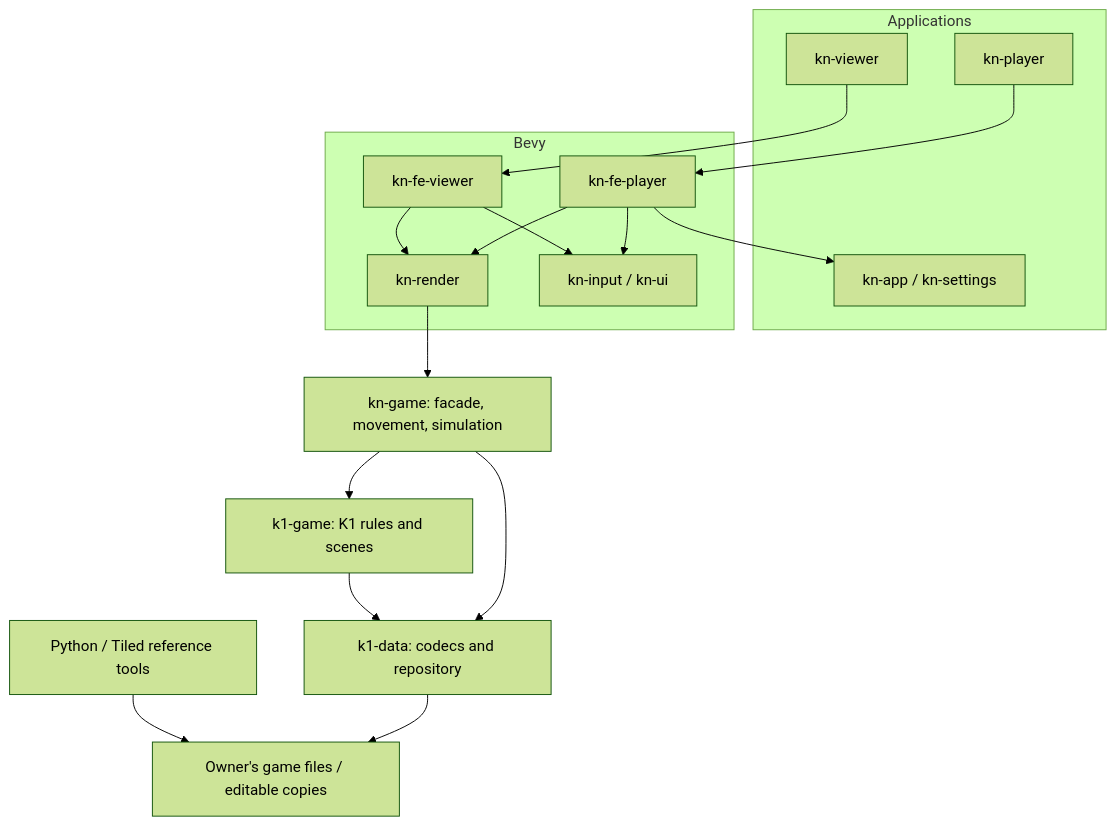
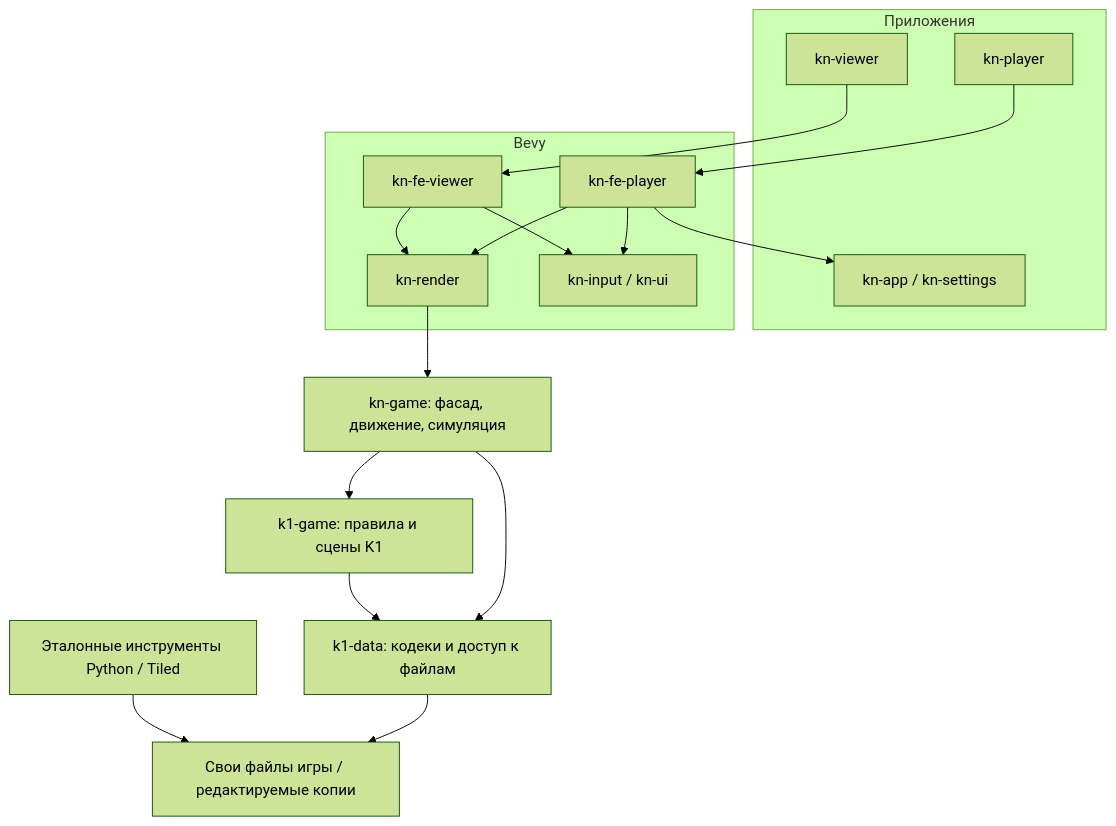
Before and after one commit to shpaker/re-konung: the diagram in ARCHITECTURE.md, drawn with Mermaid (forest theme). The commit also changed other lines of this file and 60 other files, not shown here.

````diff
--- a/ARCHITECTURE.md
+++ b/ARCHITECTURE.md
@@ -43,32 +28,32 @@
 ```mermaid
 flowchart TB
-    subgraph Applications
+    subgraph Applications[Приложения]
         player[kn-player]
         viewer[kn-viewer]
         core[kn-app / kn-settings]
     end
     subgraph Bevy
         fp[kn-fe-player]
         fv[kn-fe-viewer]
         render[kn-render]
         mechanisms[kn-input / kn-ui]
     end
-    game[kn-game: facade, movement, simulation]
-    k1[k1-game: K1 rules and scenes]
-    data[k1-data: codecs and repository]
-    files[Owner's game files / editable copies]
-    reference[Python / Tiled reference tools]
+    game[kn-game: фасад, движение, симуляция]
+    k1[k1-game: правила и сцены K1]
+    data[k1-data: кодеки и доступ к файлам]
+    files[Свои файлы игры / редактируемые копии]
+    reference[Эталонные инструменты Python / Tiled]
     player --> fp
     viewer --> fv
     fp --> core
     fp --> render
     fv --> render
     fp --> mechanisms
     fv --> mechanisms
     render --> game
     game --> k1
     game --> data
     k1 --> data
     data --> files
     reference --> files
 ```
````
